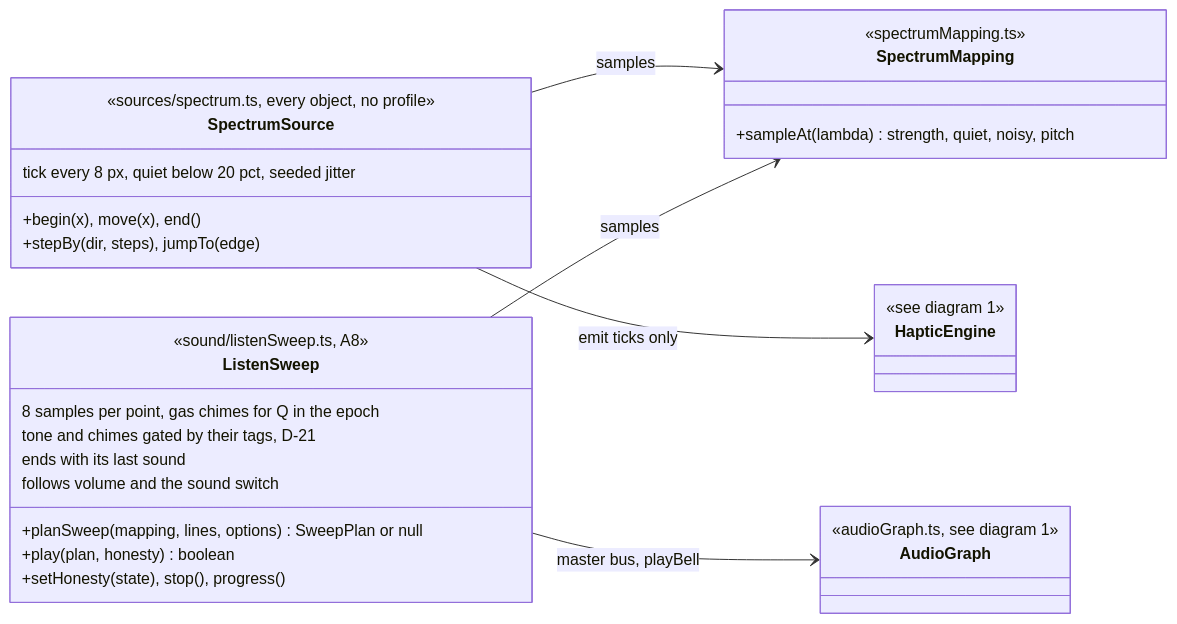
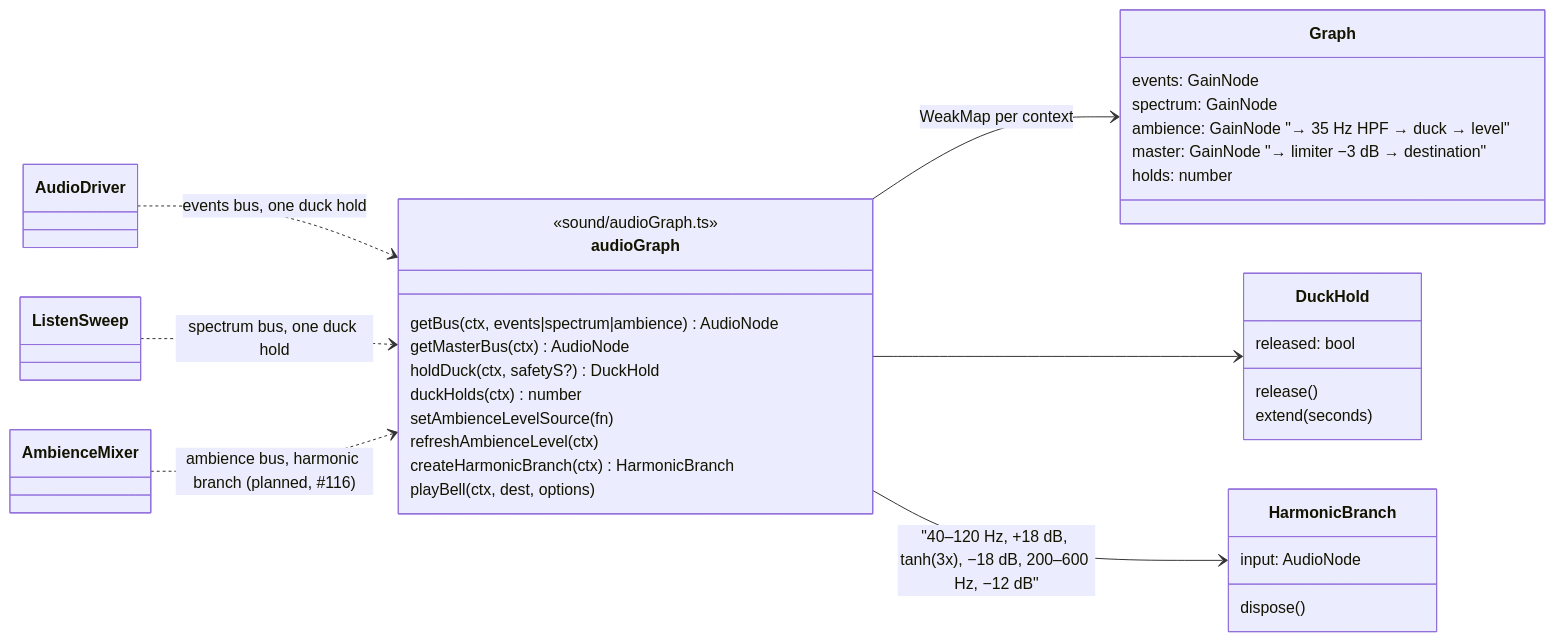
The second of 2 diagrams in docs/uml/06-class-haptics-audio.md (0ffrian/SphereX), drawn with Mermaid before and after one commit. The commit also changed other lines of this file and 41 other files, not shown here.

First line of the commit message:
Sound restructure 4/4: R13 spec, D-39 and Q-430..Q-444, cut banners, UML (#111)

````diff
--- a/docs/uml/06-class-haptics-audio.md
+++ b/docs/uml/06-class-haptics-audio.md
@@ -298,35 +91,37 @@
 ```mermaid
 classDiagram
   direction LR
-  class SpectrumMapping {
-    <<spectrumMapping.ts>>
-    +sampleAt(lambda) strength, quiet, noisy, pitch
+  class audioGraph {
+    <<sound/audioGraph.ts>>
+    getBus(ctx, events|spectrum|ambience) AudioNode
+    getMasterBus(ctx) AudioNode
+    holdDuck(ctx, safetyS?) DuckHold
+    duckHolds(ctx) number
+    setAmbienceLevelSource(fn)
+    refreshAmbienceLevel(ctx)
+    createHarmonicBranch(ctx) HarmonicBranch
+    playBell(ctx, dest, options)
   }
-  class SpectrumSource {
-    <<sources/spectrum.ts, every object, no profile>>
-    +begin(x), move(x), end()
-    +stepBy(dir, steps), jumpTo(edge)
-    tick every 8 px, quiet below 20 pct, seeded jitter
+  class DuckHold {
+    release()
+    extend(seconds)
+    released: bool
   }
-  class ListenSweep {
-    <<sound/listenSweep.ts, A8>>
-    +planSweep(mapping, lines, options) SweepPlan or null
-    +play(plan, honesty) boolean
-    +setHonesty(state), stop(), progress()
-    8 samples per point, gas chimes for Q in the epoch
-    tone and chimes gated by their tags, D-21
-    ends with its last sound
-    follows volume and the sound switch
+  class HarmonicBranch {
+    input: AudioNode
+    dispose()
   }
-  class AudioGraph {
-    <<audioGraph.ts, see diagram 1>>
+  class Graph {
+    events: GainNode
+    spectrum: GainNode
+    ambience: GainNode "→ 35 Hz HPF → duck → level"
+    master: GainNode "→ limiter −3 dB → destination"
+    holds: number
   }
-  class HapticEngine {
-    <<see diagram 1>>
-  }
-
-  SpectrumSource --> SpectrumMapping : samples
-  ListenSweep --> SpectrumMapping : samples
-  SpectrumSource --> HapticEngine : emit ticks only
-  ListenSweep --> AudioGraph : master bus, playBell
+  audioGraph --> Graph : WeakMap per context
+  audioGraph --> DuckHold
+  audioGraph --> HarmonicBranch : "40–120 Hz, +18 dB, tanh(3x), −18 dB, 200–600 Hz, −12 dB"
+  AudioDriver ..> audioGraph : events bus, one duck hold
+  ListenSweep ..> audioGraph : spectrum bus, one duck hold
+  AmbienceMixer ..> audioGraph : ambience bus, harmonic branch (planned, #116)
 ```
````
